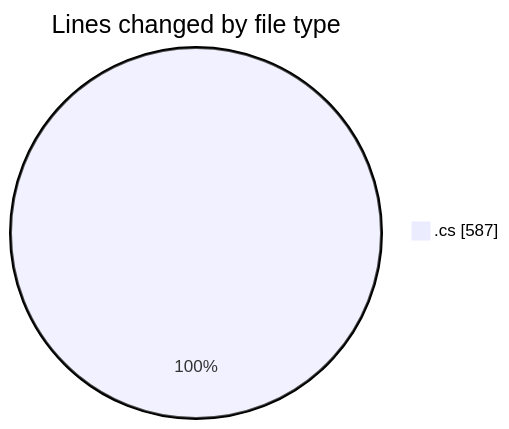
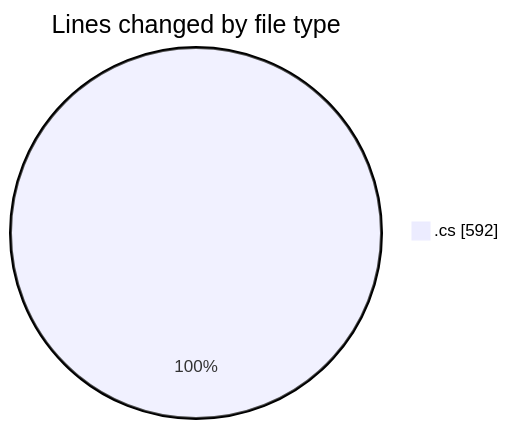
One commit to Netris89/code-tracking changed the first of 2 diagrams in 2025-04-02/back-end/README.md. Above: the diagram before and after it, drawn with Mermaid. The commit also changed other lines of this file and 1 other file, not shown here.

````diff
--- a/2025-04-02/back-end/README.md
+++ b/2025-04-02/back-end/README.md
@@ -22,5 +22,5 @@
 ```mermaid
 pie showData
 title Lines changed by file type
-".cs" : 587
+".cs" : 592
 ```
````
